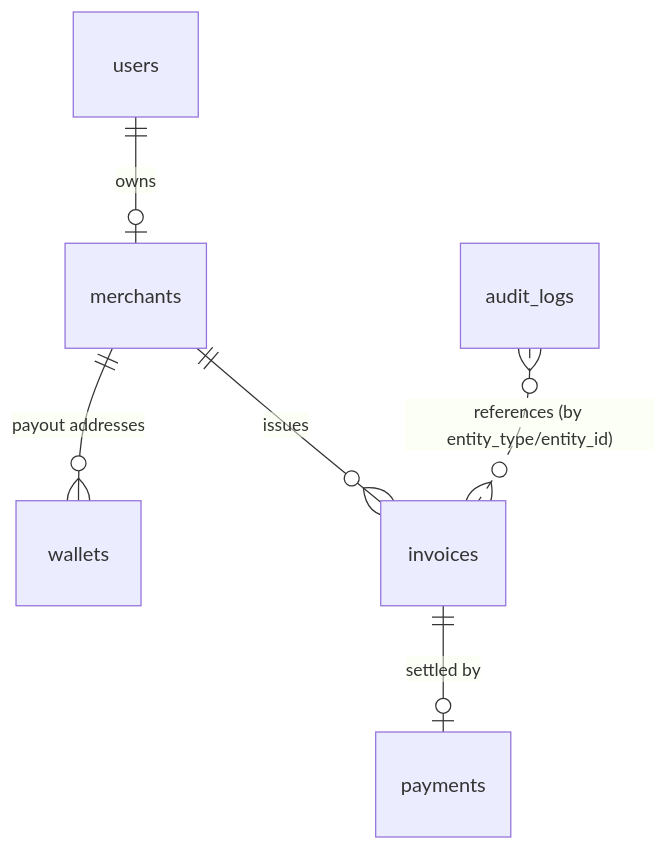
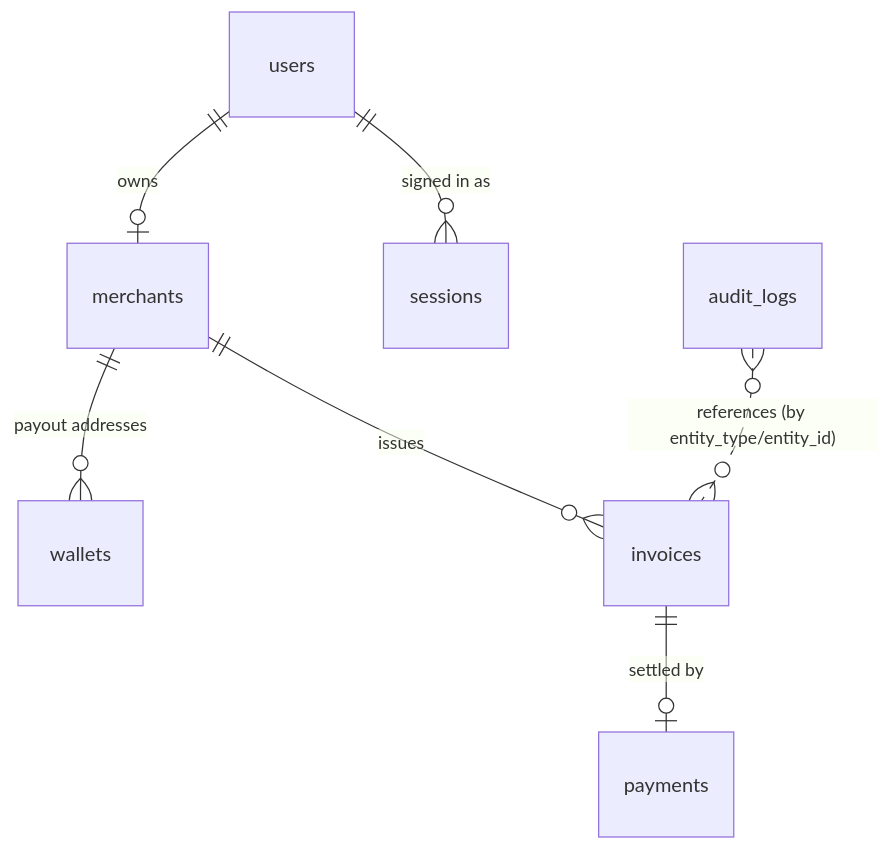
The diagram in docs/database.md (Ram2k24/solanapay-checkout), drawn with Mermaid before and after one commit. The commit also changed other lines of this file and 34 other files, not shown here.

````diff
--- a/docs/database.md
+++ b/docs/database.md
@@ -8,8 +8,9 @@
 ```mermaid
 erDiagram
     users ||--o| merchants : owns
     merchants ||--o{ wallets : "payout addresses"
     merchants ||--o{ invoices : issues
     invoices ||--o| payments : "settled by"
+    users ||--o{ sessions : "signed in as"
     audit_logs }o..o{ invoices : "references (by entity_type/entity_id)"
 ```
````
